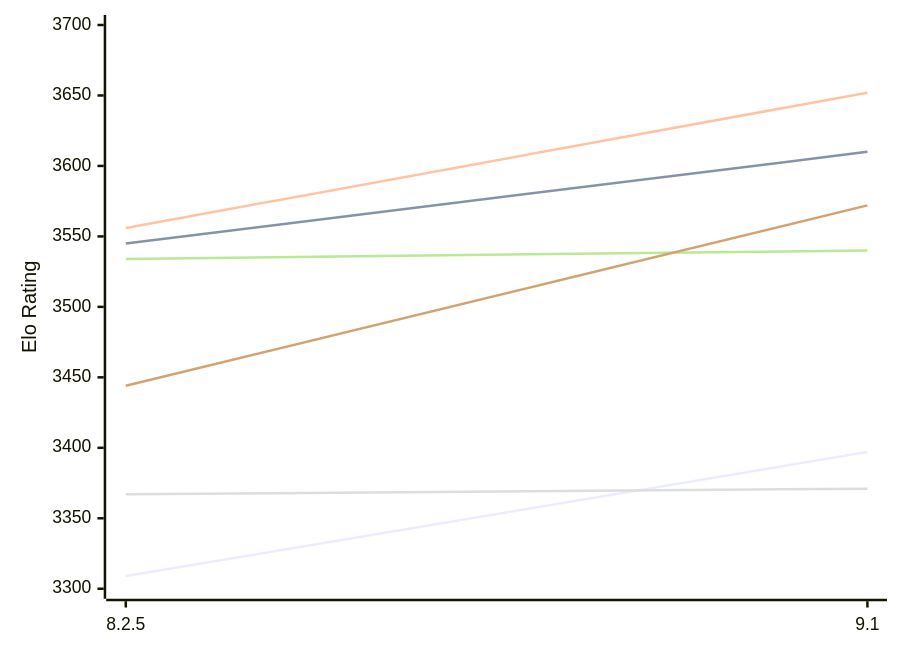
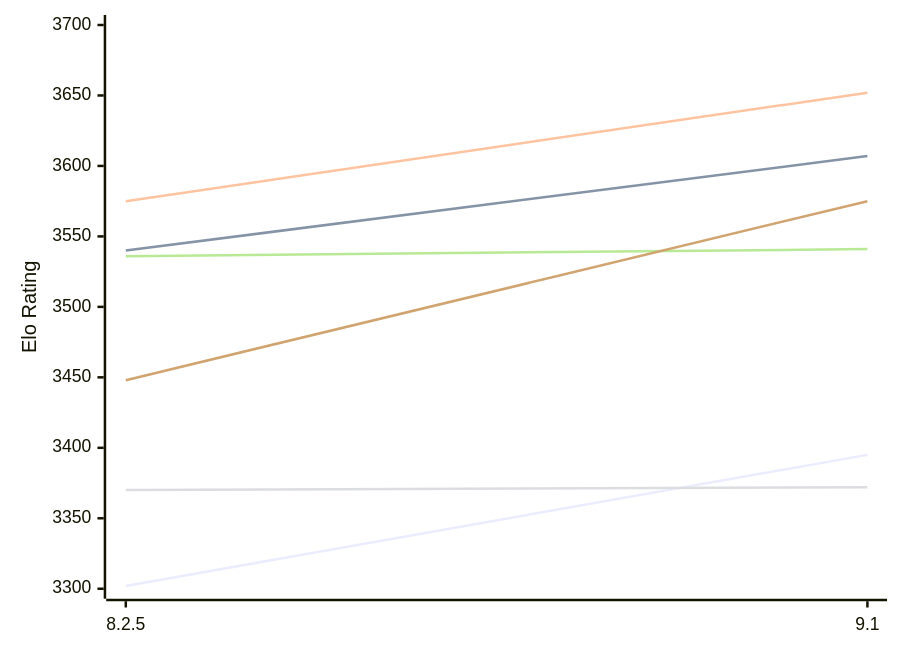
One commit to computer-chess-index/cci changed the first of 2 diagrams in engines/Clover.md. Above: the diagram before and after it, drawn with Mermaid. The commit also changed other lines of this file, not shown here.

Commit message:
Update CCI Ratings (ELO VLTC) - 2026-11-24

````diff
--- a/engines/Clover.md
+++ b/engines/Clover.md
@@ -52,12 +52,12 @@
 ```mermaid
 %%{init: {"theme":"base","themeVariables":{"seriesColors:['#a3a3a3','#222221','#faa371']}}}%%
 xychart-beta
   x-axis ["8.2.5", "9.1"]
   y-axis "Elo Rating" 3300 --> 3700
-  line "E1: STC (8.0+0.08s)" [3309, 3397]
-  line "E1: LTC (60.0+0.60s)" [3545, 3610]
-  line "E1: VLTC (2m24s+1.12s)" [3556, 3652]
-  line "P1: STC (8.0+0.08s)" [3367, 3371]
-  line "P1: LTC (60.0+0.60s)" [3534, 3540]
-  line "P1: VLTC (2m24s+1.12s)" [3444, 3572]
+  line "E1: STC (8.0+0.08s)" [3302, 3395]
+  line "E1: LTC (60.0+0.60s)" [3540, 3607]
+  line "E1: VLTC (2m24s+1.12s)" [3575, 3652]
+  line "P1: STC (8.0+0.08s)" [3370, 3372]
+  line "P1: LTC (60.0+0.60s)" [3536, 3541]
+  line "P1: VLTC (2m24s+1.12s)" [3448, 3575]
 ```
````
